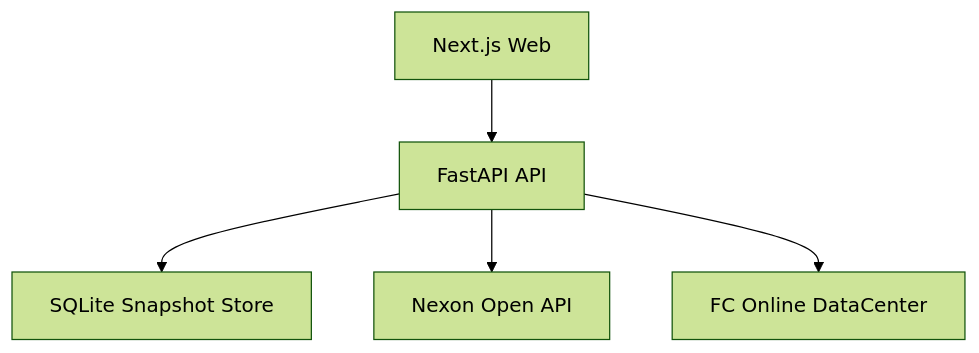
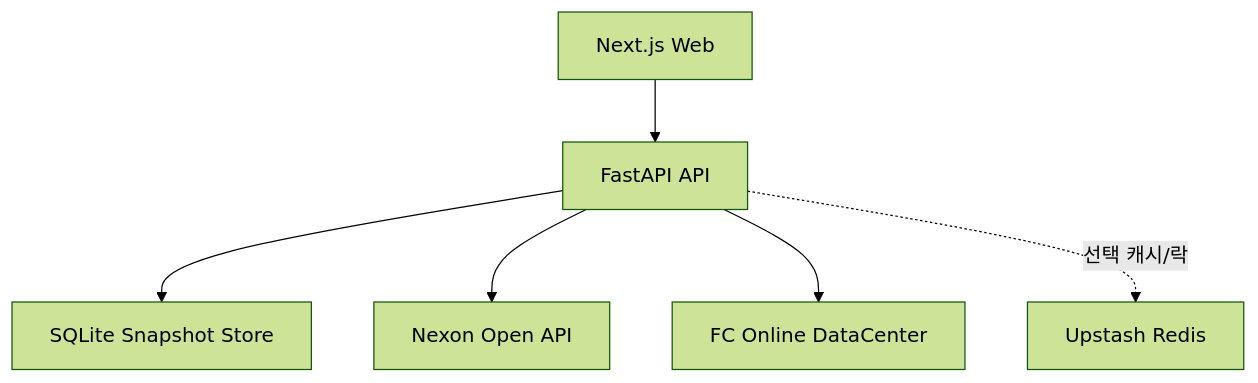
One commit to minzai0116/fcoach changed the second of 2 diagrams in README.md. Above: the diagram before and after it, drawn with Mermaid (forest theme). The commit also changed other lines of this file and 19 other files, not shown here.

````diff
--- a/README.md
+++ b/README.md
@@ -56,7 +56,8 @@
 ```mermaid
 flowchart TD
     A["Next.js Web"] --> B["FastAPI API"]
     B --> C["SQLite Snapshot Store"]
     B --> D["Nexon Open API"]
     B --> E["FC Online DataCenter"]
+    B -. "선택 캐시/락" .-> F["Upstash Redis"]
 ```
````
